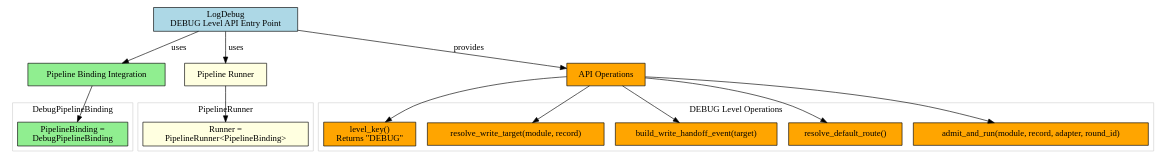
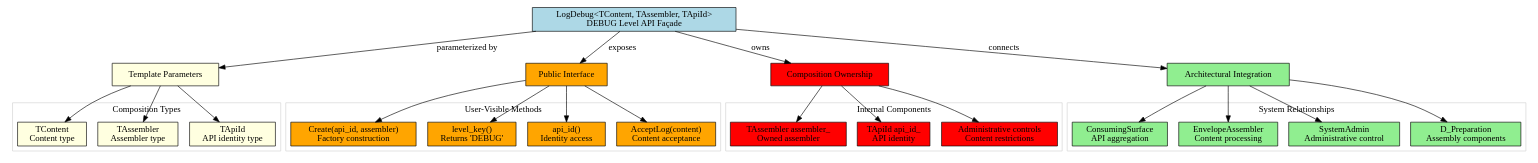
The diagram in ProjectManagement/Architectural_Analysis/logging_system/L_Level_api/log_debug.dot (AlotfyDev/LoggingSystem), drawn with Graphviz before and after one commit. The commit also changed 9 other files, not shown here.

First line of the commit message:
docs: Add comprehensive architectural documentation for metadata injector contract and all level APIs

```diff
--- a/ProjectManagement/Architectural_Analysis/logging_system/L_Level_api/log_debug.dot
+++ b/ProjectManagement/Architectural_Analysis/logging_system/L_Level_api/log_debug.dot
@@ -1,53 +1,78 @@
 digraph log_debug_architecture {
     rankdir=TB;
     node [shape=box, style=filled, fillcolor=lightblue];
 
-    log_debug [label="LogDebug\nDEBUG Level API Entry Point"];
+    log_debug_api [label="LogDebug<TContent, TAssembler, TApiId>\nDEBUG Level API Façade"];
+
+    node [shape=box, style=filled, fillcolor=lightyellow];
+    template_params [label="Template Parameters"];
+
+    log_debug_api -> template_params [label="parameterized by"];
+
+    subgraph cluster_template_params {
+        label="Composition Types";
+        color=lightgrey;
+        tcontent [label="TContent\nContent type"];
+        tassembler [label="TAssembler\nAssembler type"];
+        tapiid [label="TApiId\nAPI identity type"];
+    }
+
+    template_params -> tcontent;
+    template_params -> tassembler;
+    template_params -> tapiid;
+
+    node [shape=box, style=filled, fillcolor=orange];
+    public_interface [label="Public Interface"];
+
+    log_debug_api -> public_interface [label="exposes"];
+
+    subgraph cluster_public_interface {
+        label="User-Visible Methods";
+        color=lightgrey;
+        create_method [label="Create(api_id, assembler)\nFactory construction"];
+        level_key_method [label="level_key()\nReturns 'DEBUG'"];
+        api_id_getter [label="api_id()\nIdentity access"];
+        accept_log_method [label="AcceptLog(content)\nContent acceptance"];
+    }
+
+    public_interface -> create_method;
+    public_interface -> level_key_method;
+    public_interface -> api_id_getter;
+    public_interface -> accept_log_method;
+
+    node [shape=box, style=filled, fillcolor=red];
+    composition_ownership [label="Composition Ownership"];
+
+    log_debug_api -> composition_ownership [label="owns"];
+
+    subgraph cluster_composition {
+        label="Internal Components";
+        color=lightgrey;
+        assembler_owned [label="TAssembler assembler_\nOwned assembler"];
+        api_id_owned [label="TApiId api_id_\nAPI identity"];
+        admin_controls [label="Administrative controls\nContent restrictions"];
+    }
+
+    composition_ownership -> assembler_owned;
+    composition_ownership -> api_id_owned;
+    composition_ownership -> admin_controls;
 
     node [shape=box, style=filled, fillcolor=lightgreen];
-    pipeline_binding_integration [label="Pipeline Binding Integration"];
+    architectural_integration [label="Architectural Integration"];
 
-    log_debug -> pipeline_binding_integration [label="uses"];
+    log_debug_api -> architectural_integration [label="connects"];
 
-    subgraph cluster_binding {
-        label="DebugPipelineBinding";
+    subgraph cluster_integration {
+        label="System Relationships";
         color=lightgrey;
-        debug_pipeline [label="PipelineBinding =\nDebugPipelineBinding"];
+        consuming_surface [label="ConsumingSurface\nAPI aggregation"];
+        envelope_assembler [label="EnvelopeAssembler\nContent processing"];
+        system_admin [label="SystemAdmin\nAdministrative control"];
+        preparation_layer [label="D_Preparation\nAssembly components"];
     }
 
-    pipeline_binding_integration -> debug_pipeline;
-
-    node [shape=box, style=filled, fillcolor=lightyellow];
-    runner_integration [label="Pipeline Runner"];
-
-    log_debug -> runner_integration [label="uses"];
-
-    subgraph cluster_runner {
-        label="PipelineRunner";
-        color=lightgrey;
-        runner [label="Runner =\nPipelineRunner<PipelineBinding>"];
-    }
-
-    runner_integration -> runner;
-
-    node [shape=box, style=filled, fillcolor=orange];
-    api_operations [label="API Operations"];
-
-    log_debug -> api_operations [label="provides"];
-
-    subgraph cluster_operations {
-        label="DEBUG Level Operations";
-        color=lightgrey;
-        level_key_op [label="level_key()\nReturns \"DEBUG\""];
-        resolve_target_op [label="resolve_write_target(module, record)"];
-        build_handoff_op [label="build_write_handoff_event(target)"];
-        resolve_route_op [label="resolve_default_route()"];
-        admit_and_run_op [label="admit_and_run(module, record, adapter, round_id)"];
-    }
-
-    api_operations -> level_key_op;
-    api_operations -> resolve_target_op;
-    api_operations -> build_handoff_op;
-    api_operations -> resolve_route_op;
-    api_operations -> admit_and_run_op;
+    architectural_integration -> consuming_surface;
+    architectural_integration -> envelope_assembler;
+    architectural_integration -> system_admin;
+    architectural_integration -> preparation_layer;
 }
```
